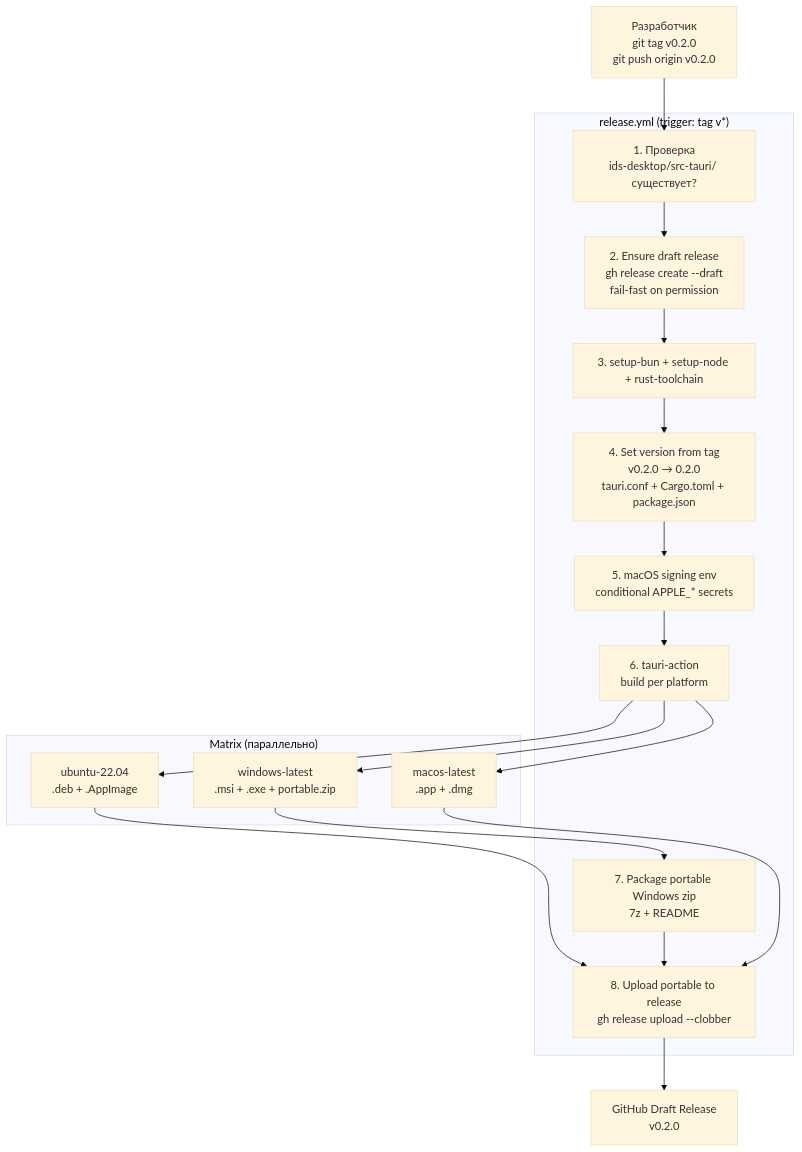
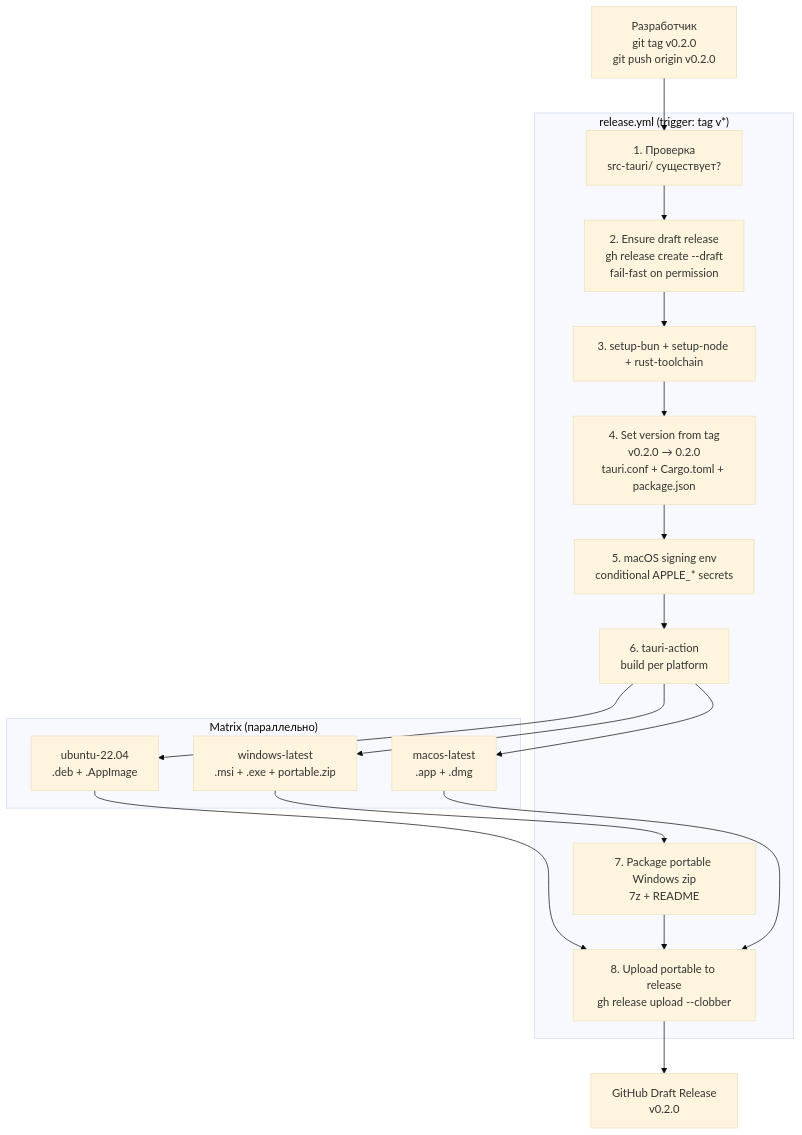
One commit to artamonovav/ids changed diagram 11 of 16 in ARCHITECTURE.md. Above: the diagram before and after it, drawn with Mermaid (base theme). The commit also changed other lines of this file and 92 other files, not shown here.

First line of the commit message:
refactor: ids-desktop перенесён в корень репозитория

````diff
--- a/ARCHITECTURE.md
+++ b/ARCHITECTURE.md
@@ -559,37 +559,37 @@
 ```mermaid
 flowchart TB
     DEV[Разработчик<br/>git tag v0.2.0<br/>git push origin v0.2.0]
 
     subgraph "release.yml (trigger: tag v*)"
-        CHECK[1. Проверка<br/>ids-desktop/src-tauri/ существует?]
+        CHECK[1. Проверка<br/>src-tauri/ существует?]
         REL[2. Ensure draft release<br/>gh release create --draft<br/>fail-fast on permission]
         SETUP[3. setup-bun + setup-node + rust-toolchain]
         VARS[4. Set version from tag<br/>v0.2.0 → 0.2.0<br/>tauri.conf + Cargo.toml + package.json]
         SIGN[5. macOS signing env<br/>conditional APPLE_* secrets]
         BUILD[6. tauri-action<br/>build per platform]
         PORT[7. Package portable Windows zip<br/>7z + README]
         UP[8. Upload portable to release<br/>gh release upload --clobber]
     end
 
     subgraph "Matrix (параллельно)"
         LIN[ubuntu-22.04<br/>.deb + .AppImage]
         WIN[windows-latest<br/>.msi + .exe + portable.zip]
         MAC[macos-latest<br/>.app + .dmg]
     end
 
     DEV --> CHECK
     CHECK --> REL
     REL --> SETUP
     SETUP --> VARS
     VARS --> SIGN
     SIGN --> BUILD
     BUILD --> LIN
     BUILD --> WIN
     BUILD --> MAC
     LIN --> UP
     WIN --> PORT
     PORT --> UP
     MAC --> UP
 
     UP --> REL_GH[GitHub Draft Release<br/>v0.2.0]
 ```
````
